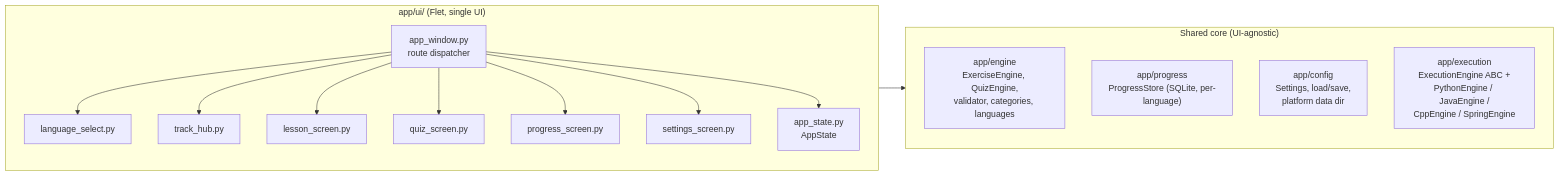
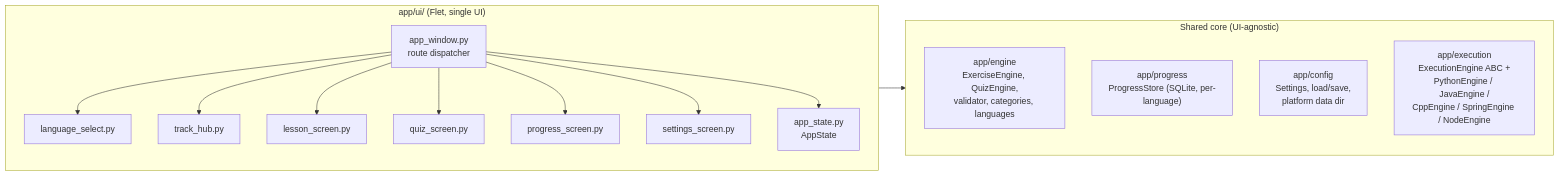
The second of 9 diagrams in docs/ARCHITECTURE.md (shreejitpanchal/coding-adventure), drawn with Mermaid before and after one commit. The commit also changed other lines of this file and 336 other files, not shown here.

First line of the commit message:
Add Node.js as 5th language track; unlock mobile progression for Java/C++/Spring/Node

````diff
--- a/docs/ARCHITECTURE.md
+++ b/docs/ARCHITECTURE.md
@@ -48,25 +48,25 @@
 ```mermaid
 flowchart LR
     subgraph ui["app/ui/ (Flet, single UI)"]
         direction TB
         aw["app_window.py\nroute dispatcher"]
         ls["language_select.py"]
         th_["track_hub.py"]
         lsn["lesson_screen.py"]
         qz["quiz_screen.py"]
         pr["progress_screen.py"]
         st["settings_screen.py"]
         as_["app_state.py\nAppState"]
         aw --> ls & th_ & lsn & qz & pr & st
         aw --> as_
     end
 
     subgraph shared["Shared core (UI-agnostic)"]
         engine["app/engine\nExerciseEngine, QuizEngine,\nvalidator, categories, languages"]
         progress["app/progress\nProgressStore (SQLite, per-language)"]
         config["app/config\nSettings, load/save,\nplatform data dir"]
-        execution["app/execution\nExecutionEngine ABC +\nPythonEngine / JavaEngine /\nCppEngine / SpringEngine"]
+        execution["app/execution\nExecutionEngine ABC +\nPythonEngine / JavaEngine /\nCppEngine / SpringEngine / NodeEngine"]
     end
 
     ui --> shared
 ```
````
